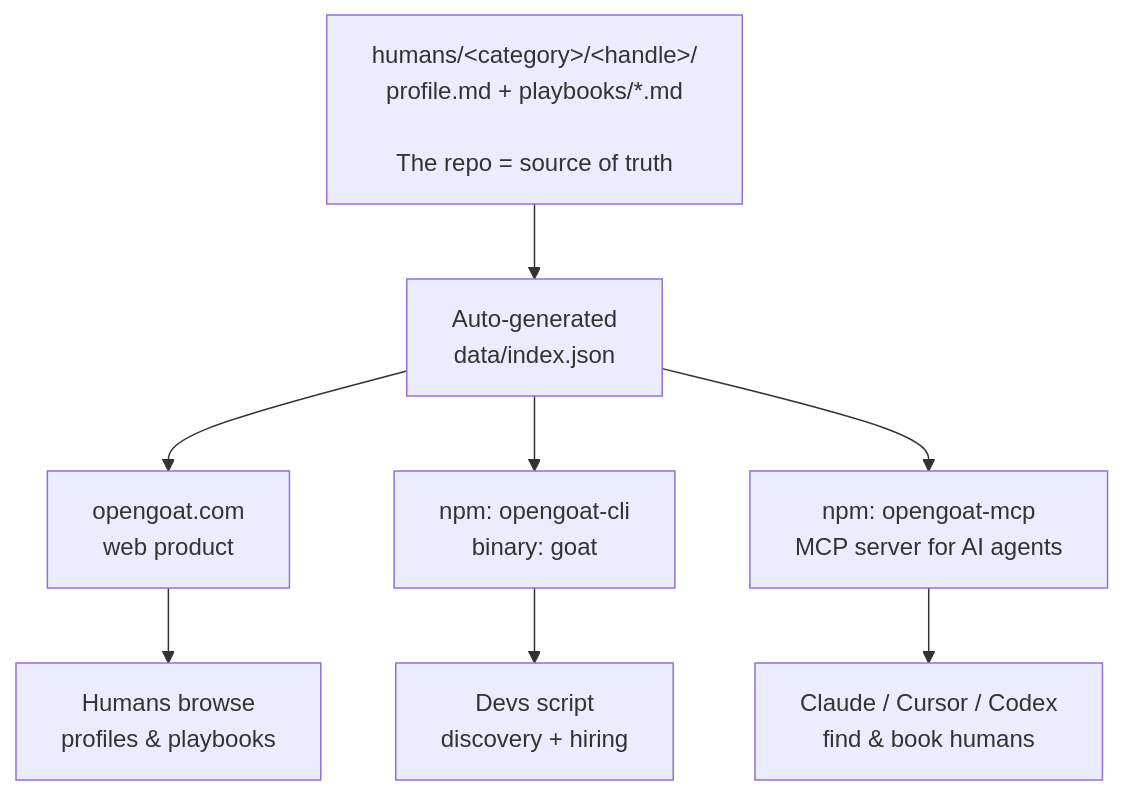
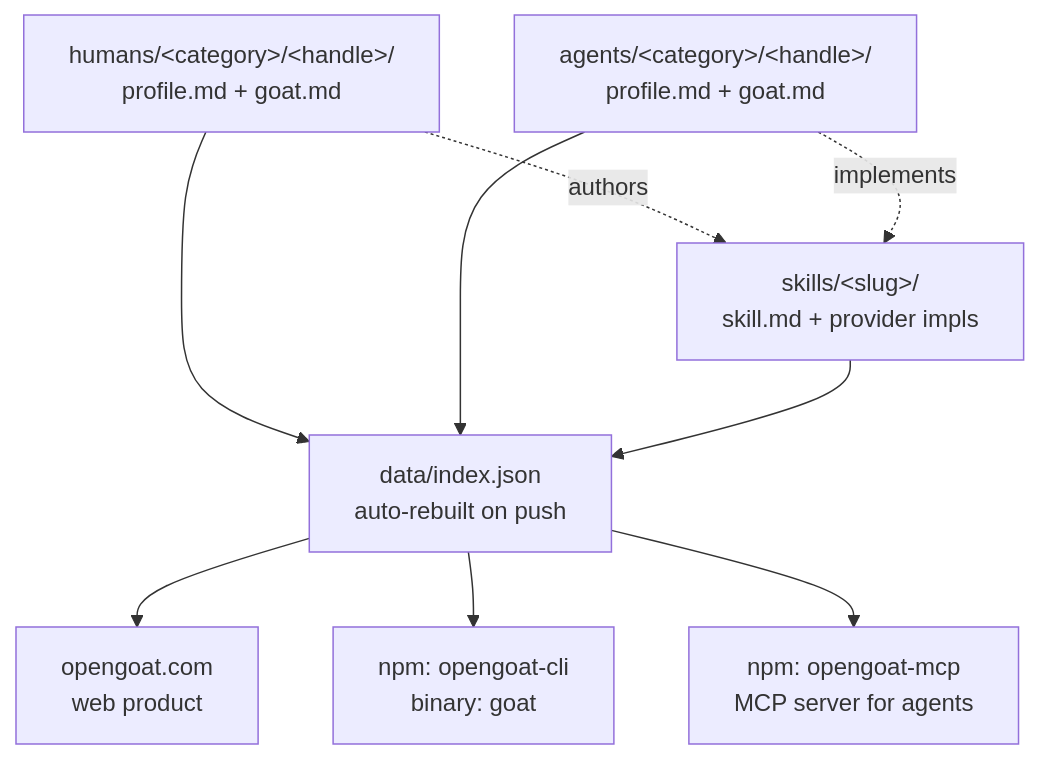
The diagram in README.md (OpenGoatHQ/opengoat), drawn with Mermaid before and after one commit. The commit also changed other lines of this file and 32 other files, not shown here.

First line of the commit message:
feat: v0.2 — three entities (humans, agents, skills)

````diff
--- a/README.md
+++ b/README.md
@@ -44,10 +40,18 @@
 ```mermaid
 flowchart TD
-    A[humans/&lt;category&gt;/&lt;handle&gt;/<br/>profile.md + playbooks/*.md<br/><br/>The repo = source of truth] --> B[Auto-generated<br/>data/index.json]
-    B --> C[opengoat.com<br/>web product]
-    B --> D[npm: opengoat-cli<br/>binary: goat]
-    B --> E[npm: opengoat-mcp<br/>MCP server for AI agents]
-    C --> F[Humans browse<br/>profiles &amp; playbooks]
-    D --> G[Devs script<br/>discovery + hiring]
-    E --> H[Claude / Cursor / Codex<br/>find &amp; book humans]
+    A[humans/&lt;category&gt;/&lt;handle&gt;/<br/>profile.md + goat.md]
+    B[agents/&lt;category&gt;/&lt;handle&gt;/<br/>profile.md + goat.md]
+    C[skills/&lt;slug&gt;/<br/>skill.md + provider impls]
+    D[data/index.json<br/>auto-rebuilt on push]
+    E[opengoat.com<br/>web product]
+    F[npm: opengoat-cli<br/>binary: goat]
+    G[npm: opengoat-mcp<br/>MCP server for agents]
+    A --> D
+    B --> D
+    C --> D
+    D --> E
+    D --> F
+    D --> G
+    A -.->|authors| C
+    B -.->|implements| C
 ```
````
